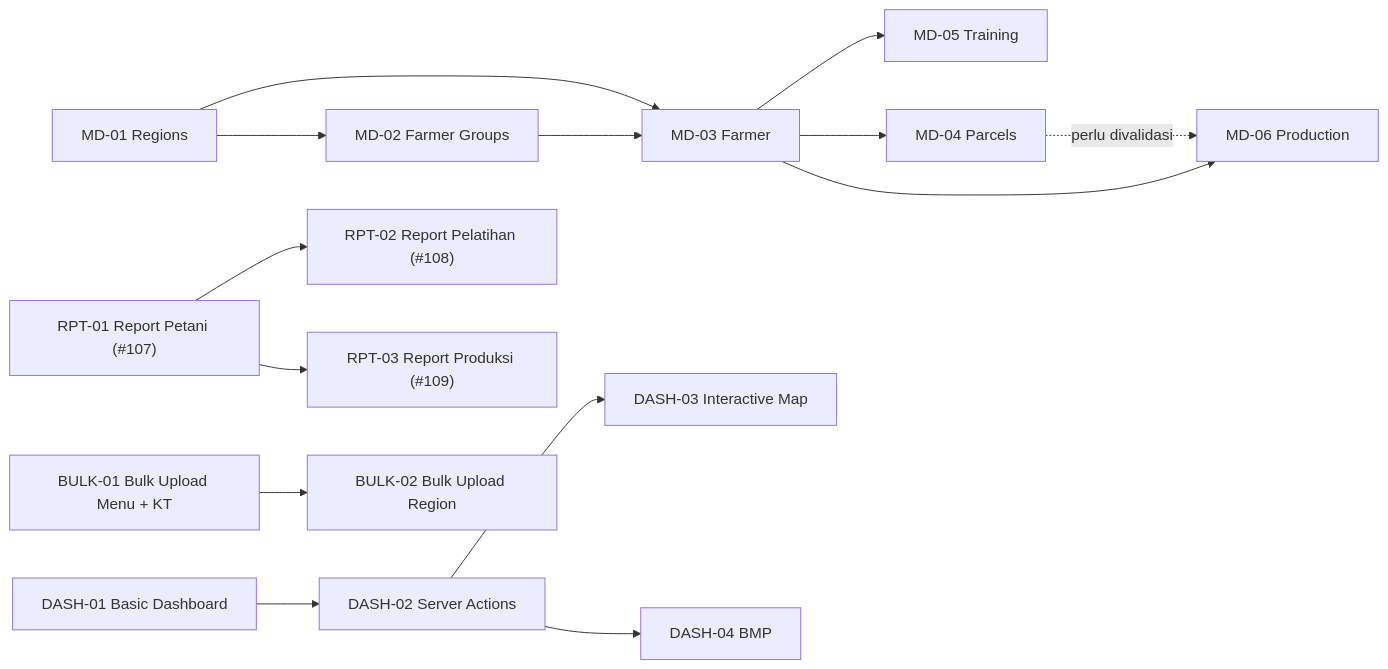
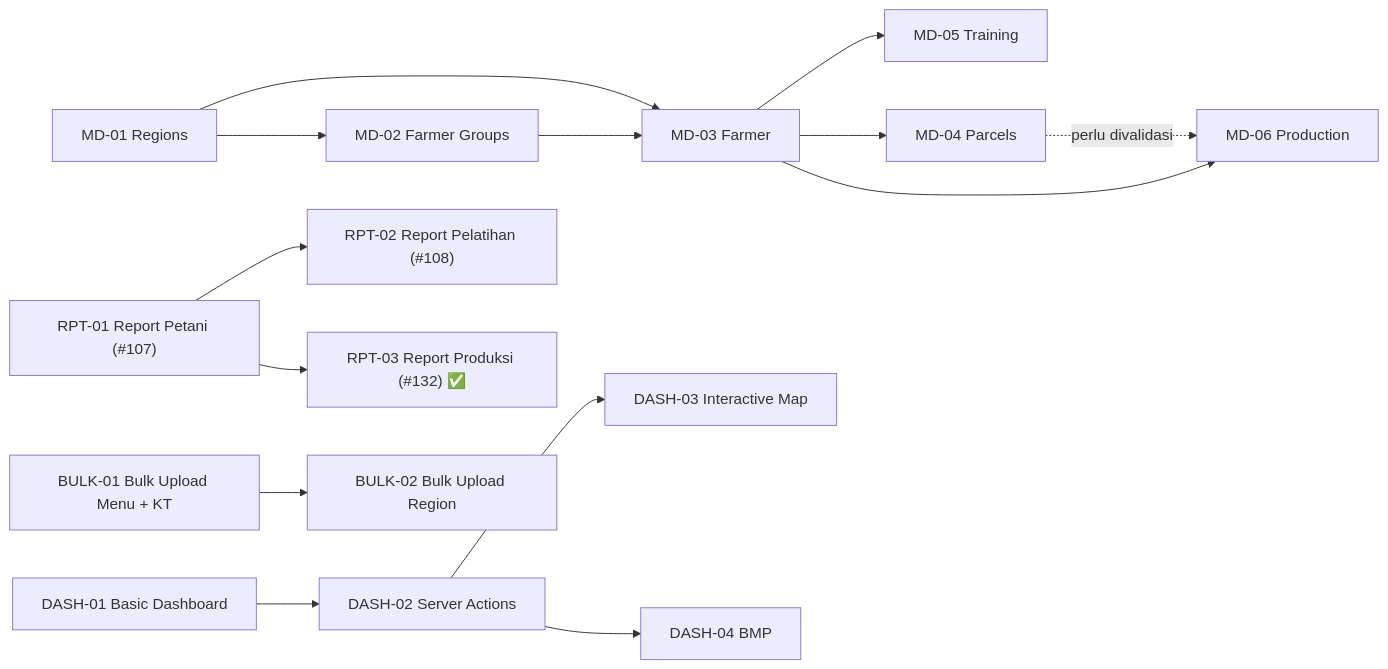
The second of 2 diagrams in docs/progress.md (WRI-Indonesia/mis-smallholder-hub), drawn with Mermaid before and after one commit. The commit also changed other lines of this file and 1 other file, not shown here.

Commit message:
feat: update progress docs and UX flow to reflect completion of RPT-03 production reporting feature

````diff
--- a/docs/progress.md
+++ b/docs/progress.md
@@ -365,16 +365,16 @@
 ```mermaid
 flowchart LR
     MD01["MD-01 Regions"] --> MD02["MD-02 Farmer Groups"]
     MD01 --> MD03["MD-03 Farmer"]
     MD02 --> MD03
     MD03 --> MD05["MD-05 Training"]
     MD03 --> MD04["MD-04 Parcels"]
     MD04 -. "perlu divalidasi" .-> MD06["MD-06 Production"]
     MD03 --> MD06
     DASH01["DASH-01 Basic Dashboard"] --> DASH02["DASH-02 Server Actions"]
     DASH02 --> DASH03["DASH-03 Interactive Map"]
     DASH02 --> DASH04["DASH-04 BMP"]
     RPT01["RPT-01 Report Petani (#107)"] --> RPT02["RPT-02 Report Pelatihan (#108)"]
-    RPT01 --> RPT03["RPT-03 Report Produksi (#109)"]
+    RPT01 --> RPT03["RPT-03 Report Produksi (#132) ✅"]
     BULK01["BULK-01 Bulk Upload Menu + KT"] --> BULK02["BULK-02 Bulk Upload Region"]
 ```
````
